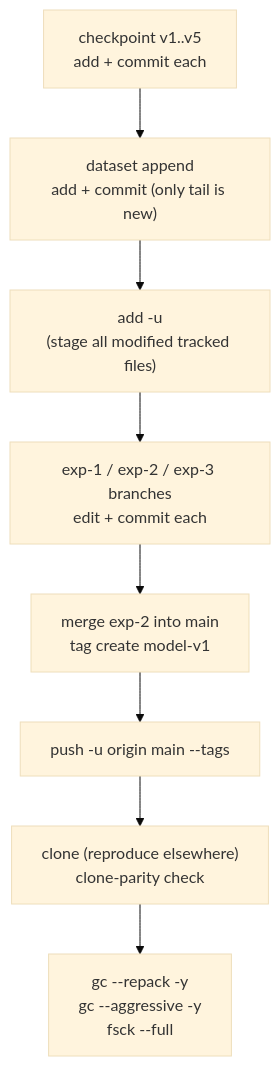
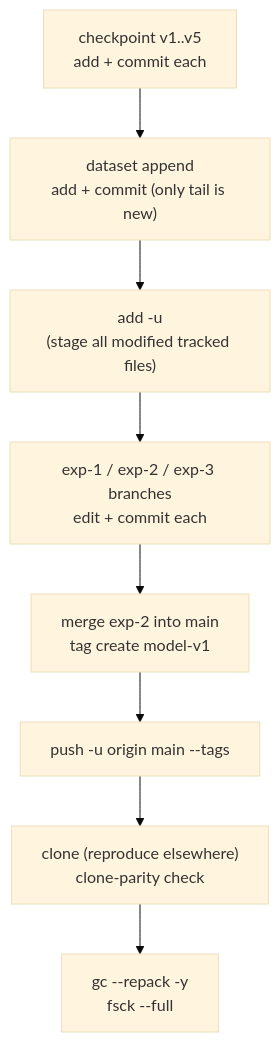
One commit to winnyboy5/mediagit-core changed the third of 4 diagrams in USE_CASES.md. Above: the diagram before and after it, drawn with Mermaid (base theme). The commit also changed other lines of this file and 13 other files, not shown here.

````diff
--- a/USE_CASES.md
+++ b/USE_CASES.md
@@ -158,10 +158,10 @@
 ```mermaid
 flowchart TD
     A["checkpoint v1..v5<br/>add + commit each"] --> B["dataset append<br/>add + commit (only tail is new)"]
     B --> C["add -u<br/>(stage all modified tracked files)"]
     C --> D["exp-1 / exp-2 / exp-3 branches<br/>edit + commit each"]
     D --> E["merge exp-2 into main<br/>tag create model-v1"]
     E --> F["push -u origin main --tags"]
     F --> G["clone (reproduce elsewhere)<br/>clone-parity check"]
-    G --> H["gc --repack -y<br/>gc --aggressive -y<br/>fsck --full"]
+    G --> H["gc --repack -y<br/>fsck --full"]
 ```
````
